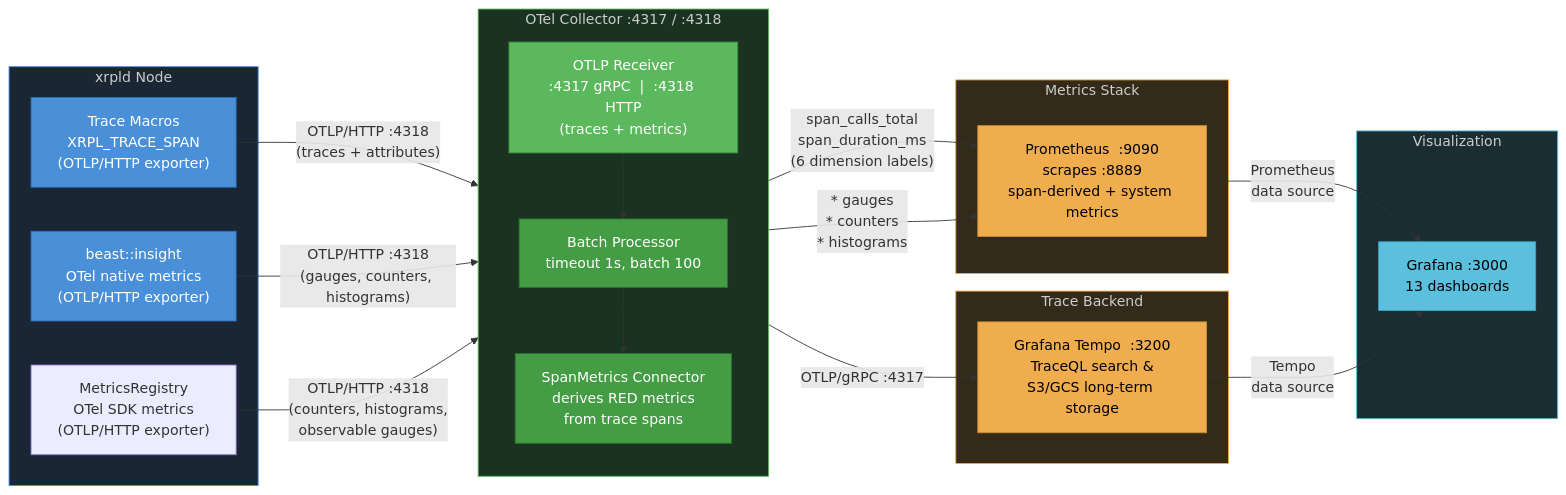
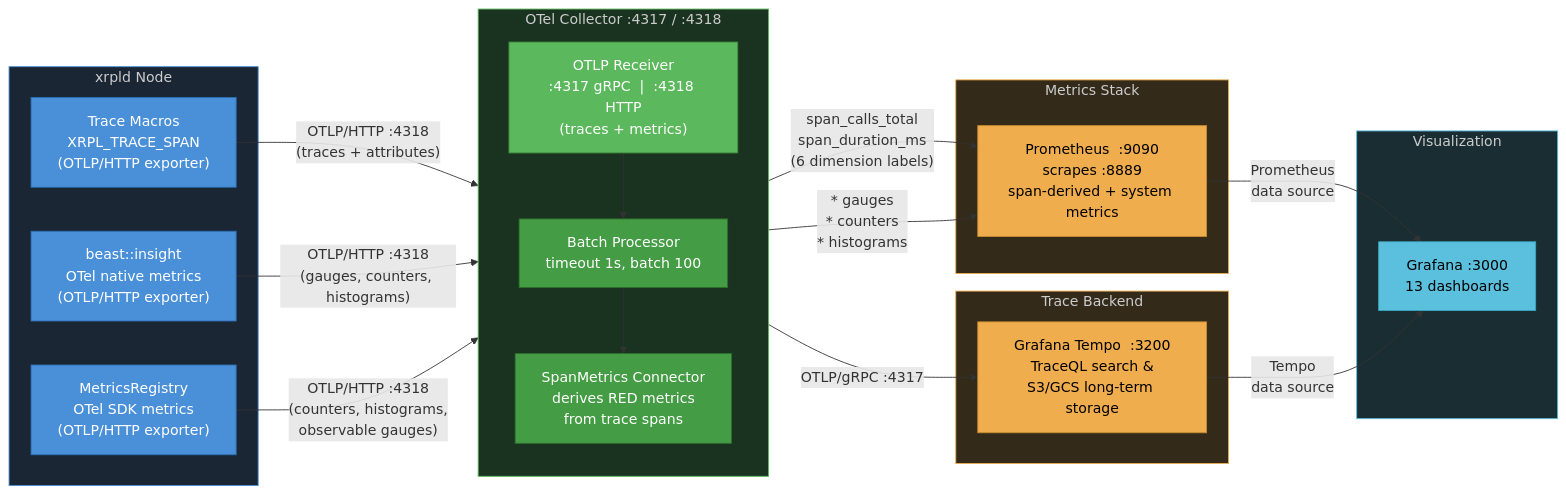
Before and after one commit to XRPLF/rippled: the diagram in OpenTelemetryPlan/09-data-collection-reference.md, drawn with Mermaid. The commit also changed other lines of this file and 25 other files, not shown here.

````diff
--- a/OpenTelemetryPlan/09-data-collection-reference.md
+++ b/OpenTelemetryPlan/09-data-collection-reference.md
@@ -9,56 +9,57 @@
 ```mermaid
 graph LR
     subgraph xrpldNode["xrpld Node"]
         A["Trace Macros<br/>XRPL_TRACE_SPAN<br/>(OTLP/HTTP exporter)"]
         B["beast::insight<br/>OTel native metrics<br/>(OTLP/HTTP exporter)"]
         C["MetricsRegistry<br/>OTel SDK metrics<br/>(OTLP/HTTP exporter)"]
     end
 
     subgraph collector["OTel Collector  :4317 / :4318"]
         direction TB
         R1["OTLP Receiver<br/>:4317 gRPC  |  :4318 HTTP<br/>(traces + metrics)"]
         BP["Batch Processor<br/>timeout 1s, batch 100"]
         SM["SpanMetrics Connector<br/>derives RED metrics<br/>from trace spans"]
 
         R1 --> BP
         BP --> SM
     end
 
     subgraph backends["Trace Backend"]
         D["Grafana Tempo  :3200<br/>TraceQL search &<br/>S3/GCS long-term storage"]
     end
 
     subgraph metrics["Metrics Stack"]
         E["Prometheus  :9090<br/>scrapes :8889<br/>span-derived + system metrics"]
     end
 
     subgraph viz["Visualization"]
         F["Grafana  :3000<br/>13 dashboards"]
     end
 
     A -->|"OTLP/HTTP :4318<br/>(traces + attributes)"| R1
     B -->|"OTLP/HTTP :4318<br/>(gauges, counters, histograms)"| R1
     C -->|"OTLP/HTTP :4318<br/>(counters, histograms,<br/>observable gauges)"| R1
 
     BP -->|"OTLP/gRPC :4317"| D
 
     SM -->|"span_calls_total<br/>span_duration_ms<br/>(6 dimension labels)"| E
     R1 -->|"* gauges<br/>* counters<br/>* histograms"| E
 
     E -->|"Prometheus<br/>data source"| F
     D -->|"Tempo<br/>data source"| F
 
     style A fill:#4a90d9,color:#fff,stroke:#2a6db5
     style B fill:#4a90d9,color:#fff,stroke:#2a6db5
+    style C fill:#4a90d9,color:#fff,stroke:#2a6db5
     style R1 fill:#5cb85c,color:#fff,stroke:#3d8b3d
     style BP fill:#449d44,color:#fff,stroke:#2d6e2d
     style SM fill:#449d44,color:#fff,stroke:#2d6e2d
     style D fill:#f0ad4e,color:#000,stroke:#c78c2e
     style E fill:#f0ad4e,color:#000,stroke:#c78c2e
     style F fill:#5bc0de,color:#000,stroke:#3aa8c1
     style xrpldNode fill:#1a2633,color:#ccc,stroke:#4a90d9
     style collector fill:#1a3320,color:#ccc,stroke:#5cb85c
     style backends fill:#332a1a,color:#ccc,stroke:#f0ad4e
     style metrics fill:#332a1a,color:#ccc,stroke:#f0ad4e
     style viz fill:#1a2d33,color:#ccc,stroke:#5bc0de
 ```
````
